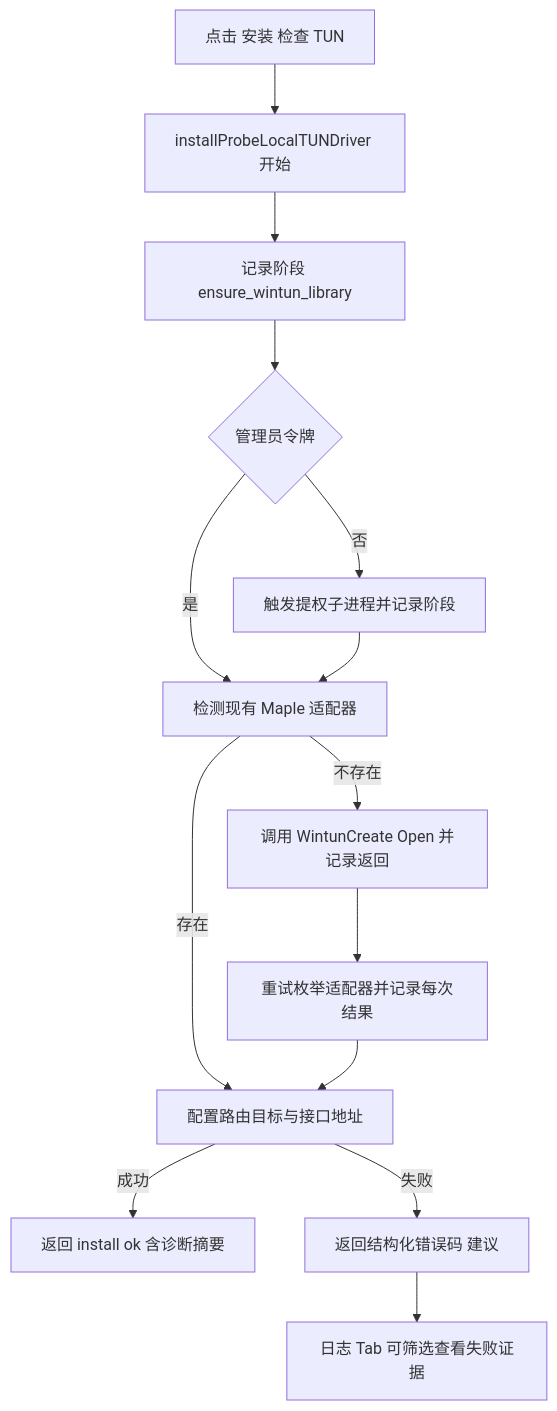
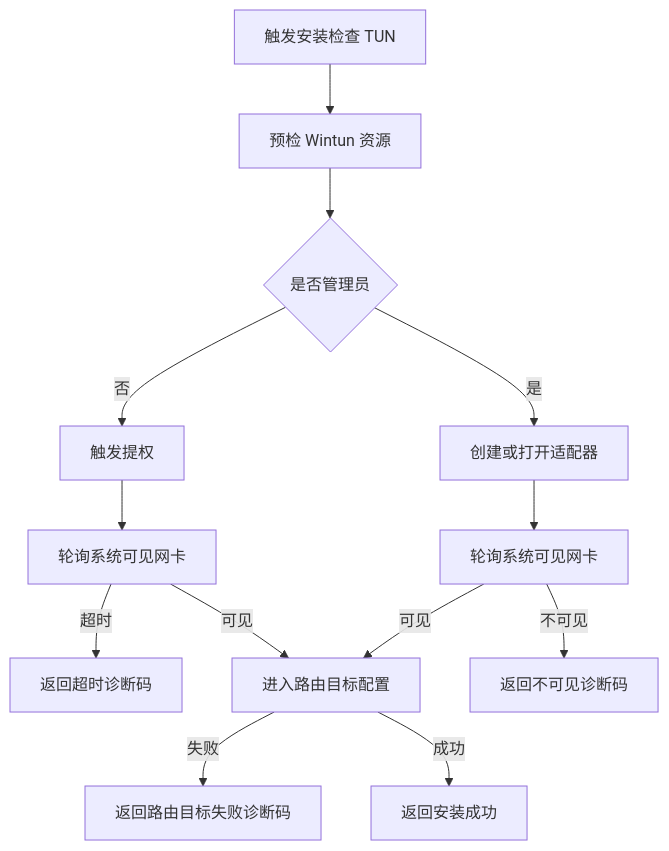
The diagram in doc/architect/probe_node_tun_failure_diagnostic_log_tab_architect_plan_2026-04-26.md (fengzhanhuaer/CloudHelper), drawn with Mermaid before and after one commit. The commit also changed other lines of this file and 8 other files, not shown here.

````diff
--- a/doc/architect/probe_node_tun_failure_diagnostic_log_tab_architect_plan_2026-04-26.md
+++ b/doc/architect/probe_node_tun_failure_diagnostic_log_tab_architect_plan_2026-04-26.md
@@ -57,16 +73,15 @@
 ```mermaid
 flowchart TD
-  A[点击 安装 检查 TUN] --> B[installProbeLocalTUNDriver 开始]
-  B --> C[记录阶段 ensure_wintun_library]
-  C --> D{管理员令牌}
-  D -->|否| E[触发提权子进程并记录阶段]
-  D -->|是| F[检测现有 Maple 适配器]
-  E --> F
-  F -->|存在| G[配置路由目标与接口地址]
-  F -->|不存在| H[调用 WintunCreate Open 并记录返回]
-  H --> I[重试枚举适配器并记录每次结果]
-  I --> G
-  G -->|成功| J[返回 install ok 含诊断摘要]
-  G -->|失败| K[返回结构化错误码 建议]
-  K --> L[日志 Tab 可筛选查看失败证据]
+  A[触发安装检查 TUN] --> B[预检 Wintun 资源]
+  B --> C{是否管理员}
+  C -->|否| D[触发提权]
+  D --> E[轮询系统可见网卡]
+  E -->|超时| F[返回超时诊断码]
+  E -->|可见| G[进入路由目标配置]
+  C -->|是| H[创建或打开适配器]
+  H --> I[轮询系统可见网卡]
+  I -->|不可见| J[返回不可见诊断码]
+  I -->|可见| G
+  G -->|失败| K[返回路由目标失败诊断码]
+  G -->|成功| L[返回安装成功]
 ```
````
